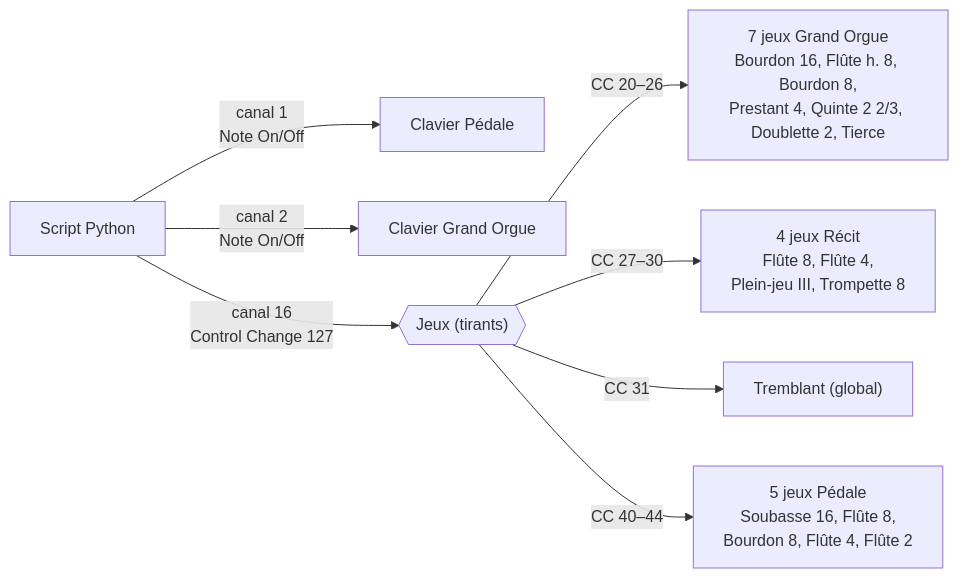
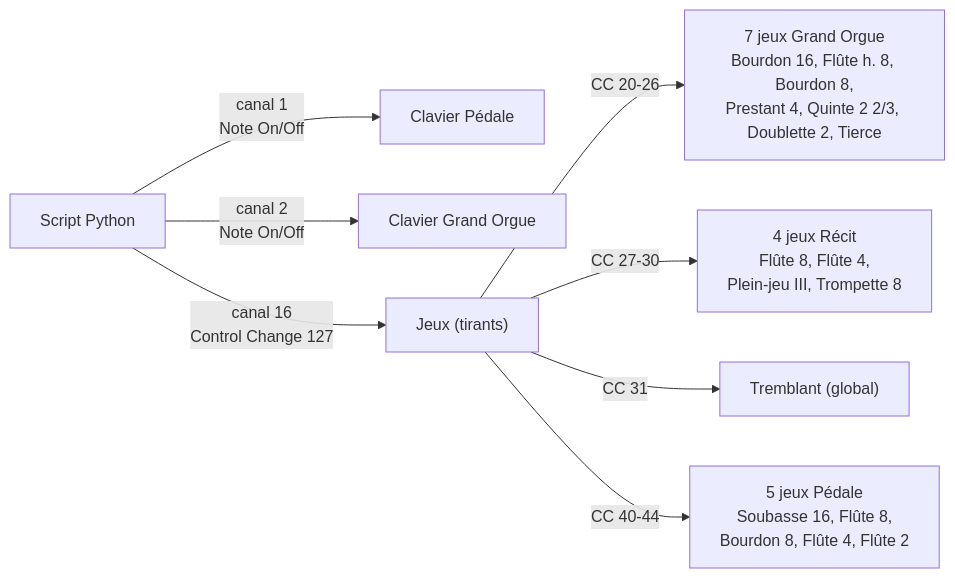
Before and after one commit to ffdumont/chorals-orgue: the second of 2 diagrams in pieces/setup-technique.md, drawn with Mermaid.

Commit message:
setup-technique: corrige erreur de syntaxe Mermaid du 2e diagramme
Remplace l'hexagone quoté JX{{"Jeux (tirants)"}} par un rectangle et
remplace les tirets en-dash par des hyphens ASCII dans les edge labels,
tous deux mal tolérés par le parser Mermaid 10.9 de GitHub Pages.

````diff
--- a/pieces/setup-technique.md
+++ b/pieces/setup-technique.md
@@ -90,11 +90,11 @@
 ```mermaid
 flowchart LR
     S["Script Python"]
     S -->|"canal 1<br/>Note On/Off"| PED["Clavier Pédale"]
     S -->|"canal 2<br/>Note On/Off"| GO["Clavier Grand Orgue"]
-    S -->|"canal 16<br/>Control Change 127"| JX{{"Jeux (tirants)"}}
-    JX -->|"CC 20–26"| JGO["7 jeux Grand Orgue<br/>Bourdon 16, Flûte h. 8, Bourdon 8,<br/>Prestant 4, Quinte 2 2/3, Doublette 2, Tierce"]
-    JX -->|"CC 27–30"| JREC["4 jeux Récit<br/>Flûte 8, Flûte 4,<br/>Plein-jeu III, Trompette 8"]
+    S -->|"canal 16<br/>Control Change 127"| JX["Jeux (tirants)"]
+    JX -->|"CC 20-26"| JGO["7 jeux Grand Orgue<br/>Bourdon 16, Flûte h. 8, Bourdon 8,<br/>Prestant 4, Quinte 2 2/3, Doublette 2, Tierce"]
+    JX -->|"CC 27-30"| JREC["4 jeux Récit<br/>Flûte 8, Flûte 4,<br/>Plein-jeu III, Trompette 8"]
     JX -->|"CC 31"| TREM["Tremblant (global)"]
-    JX -->|"CC 40–44"| JPED["5 jeux Pédale<br/>Soubasse 16, Flûte 8,<br/>Bourdon 8, Flûte 4, Flûte 2"]
+    JX -->|"CC 40-44"| JPED["5 jeux Pédale<br/>Soubasse 16, Flûte 8,<br/>Bourdon 8, Flûte 4, Flûte 2"]
 ```
````
